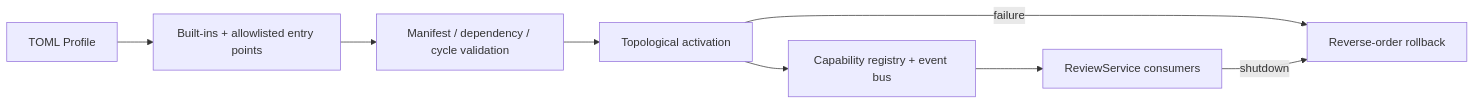
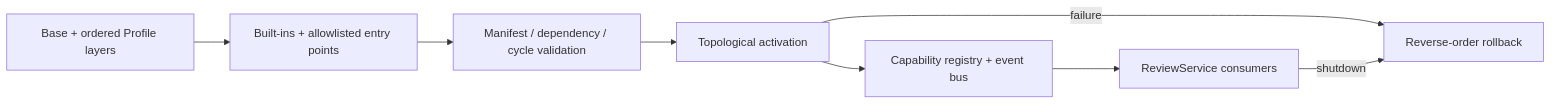
One commit to God1007/EvoAgent changed the diagram in docs/plugin-system.md. Above: the diagram before and after it, drawn with Mermaid. The commit also changed other lines of this file and 12 other files, not shown here.

````diff
--- a/docs/plugin-system.md
+++ b/docs/plugin-system.md
@@ -14,11 +14,11 @@
 ```mermaid
 flowchart LR
-    Profile["TOML Profile"] --> Catalog["Built-ins + allowlisted entry points"]
+    Profile["Base + ordered Profile layers"] --> Catalog["Built-ins + allowlisted entry points"]
     Catalog --> Validate["Manifest / dependency / cycle validation"]
     Validate --> Start["Topological activation"]
     Start --> Context["Capability registry + event bus"]
     Context --> Service["ReviewService consumers"]
 
     Start -- "failure" --> Rollback["Reverse-order rollback"]
     Service -- "shutdown" --> Rollback
 ```
````
